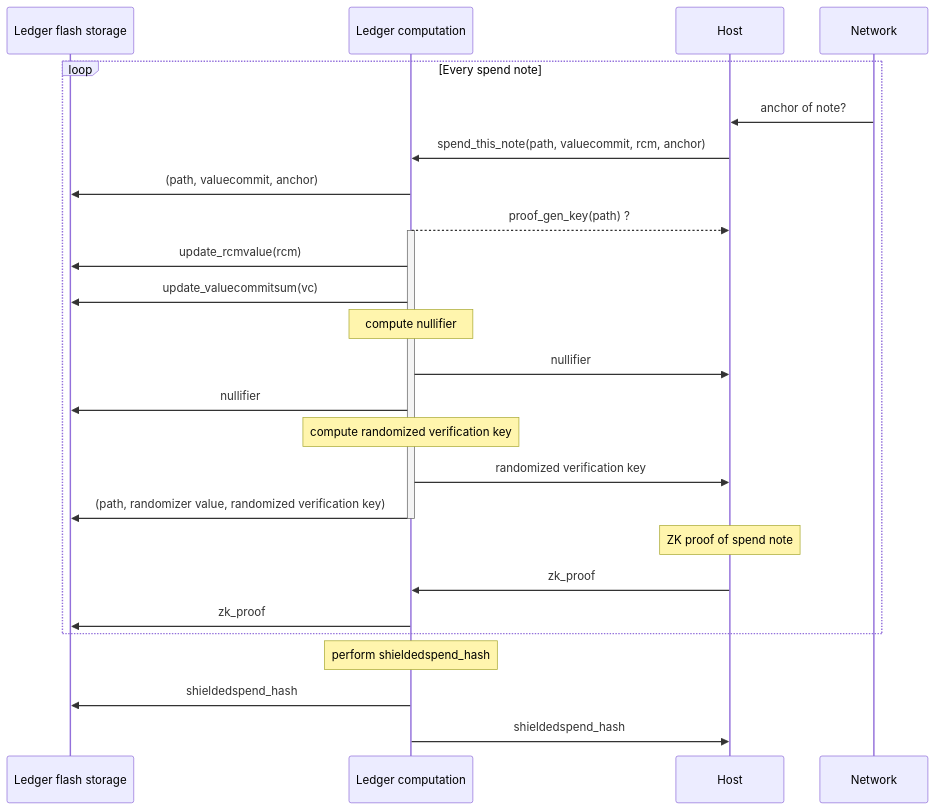
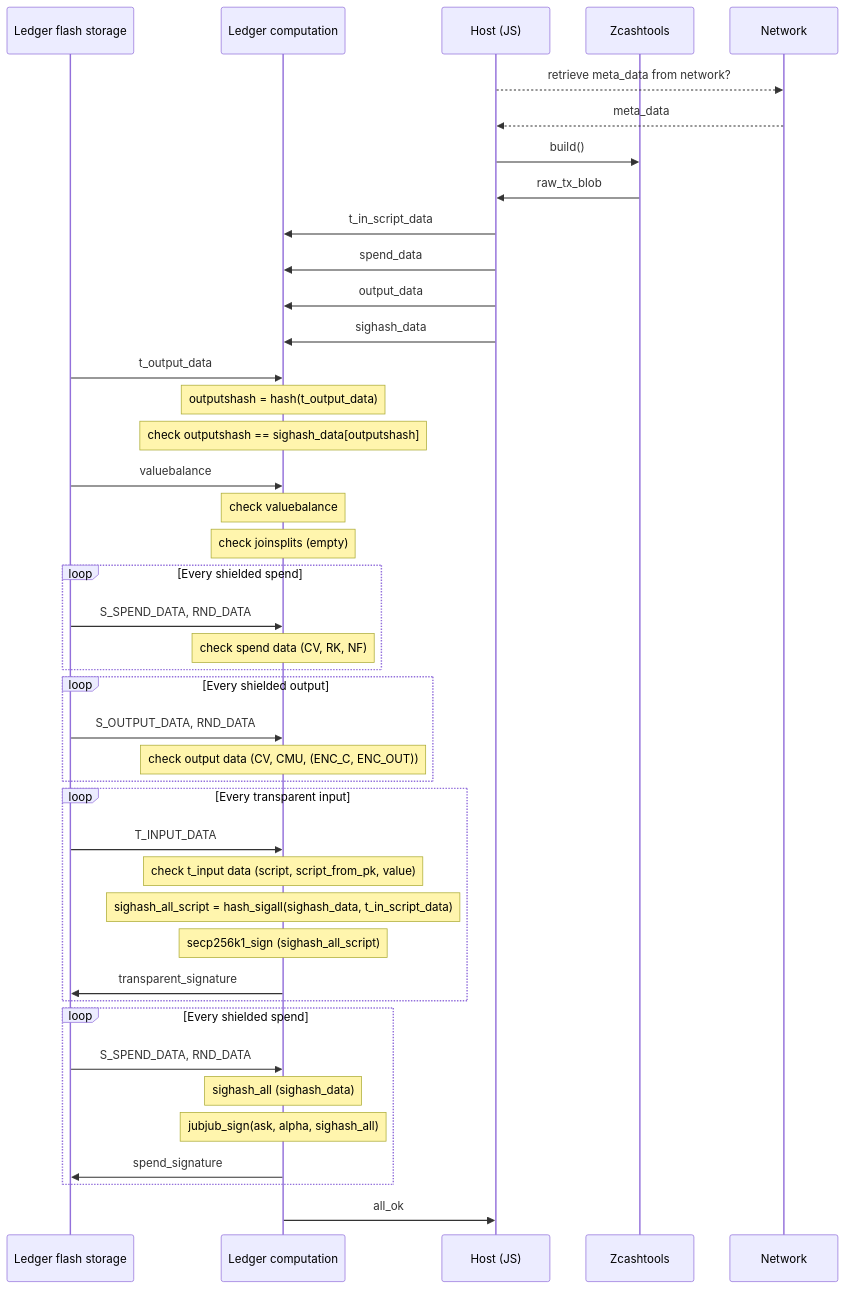
Before and after one commit to Zondax/ledger-zcash: the fifth of 6 diagrams in docs/zcash_workflow.md, drawn with Mermaid. The commit also changed other lines of this file and 7 other files, not shown here.

````diff
--- a/docs/zcash_workflow.md
+++ b/docs/zcash_workflow.md
@@ -123,34 +130,54 @@
-  ```mermaid
+```mermaid
   sequenceDiagram
   participant LF as Ledger flash storage
   participant LC as Ledger computation 
-  participant H as Host
+  participant H as Host (JS)
+  participant Z as Zcashtools
   participant N as Network
-  loop Every spend note
-  N ->> H: anchor of note?
-  H ->> LC: spend_this_note(path, valuecommit, rcm, anchor)  # Do we need to verify here that rcm is correct? Is the zkproof of the spend the old one in the blockchain? #what about the valuecommit?
-  LC ->> LF: (path, valuecommit, anchor)
-  LC -->> H: proof_gen_key(path) ? #is this needed
+  
+  H -->> N: retrieve meta_data from network?
+  N -->> H: meta_data
+  H ->> Z: build()
+  Z ->> H: raw_tx_blob
 
-  activate LC
-  LC ->> LF: update_rcmvalue(rcm)
-  LC ->> LF: update_valuecommitsum(vc) #???
+  H ->> LC: t_in_script_data
+  H ->> LC: spend_data
+  H ->> LC: output_data
+  H ->> LC: sighash_data
+  
+  LF ->> LC: t_output_data
+  Note over LC: outputshash = hash(t_output_data)
+  Note over LC: check outputshash == sighash_data[outputshash]
 
-  note over LC: compute nullifier
-  LC ->> H: nullifier
-  LC ->> LF: nullifier
+  LF ->> LC: valuebalance
+  Note over LC: check valuebalance
 
-  note over LC: compute randomized verification key
-  LC ->> H: randomized verification key
-  LC ->> LF: (path, randomizer value, randomized verification key)
-  deactivate LC
+  Note over LC: check joinsplits (empty)
 
-  Note over H: ZK proof of spend note
-  H ->> LC: zk_proof
-  LC ->> LF: zk_proof
+  loop Every shielded spend
+  LF ->> LC: S_SPEND_DATA, RND_DATA
+  Note over LC: check spend data (CV, RK, NF)
+  end
 
+  loop Every shielded output
+  LF ->> LC: S_OUTPUT_DATA, RND_DATA
+  Note over LC: check output data (CV, CMU, (ENC_C, ENC_OUT))
   end
-  Note over LC: perform shieldedspend_hash
-  LC ->> LF: shieldedspend_hash #does the host actually need this?
-  LC ->> H: shieldedspend_hash
+
+  loop Every transparent input
+  LF ->> LC: T_INPUT_DATA
+  Note over LC: check t_input data (script, script_from_pk, value)
+  Note over LC: sighash_all_script = hash_sigall(sighash_data, t_in_script_data)
+  Note over LC: secp256k1_sign (sighash_all_script)
+  LC ->> LF: transparent_signature
+  end
+
+  loop Every shielded spend
+  LF ->> LC: S_SPEND_DATA, RND_DATA
+  Note over LC: sighash_all (sighash_data)
+  Note over LC: jubjub_sign(ask, alpha, sighash_all)
+  LC ->> LF: spend_signature
+  end
+LC ->> H: all_ok
+
 ```
````
